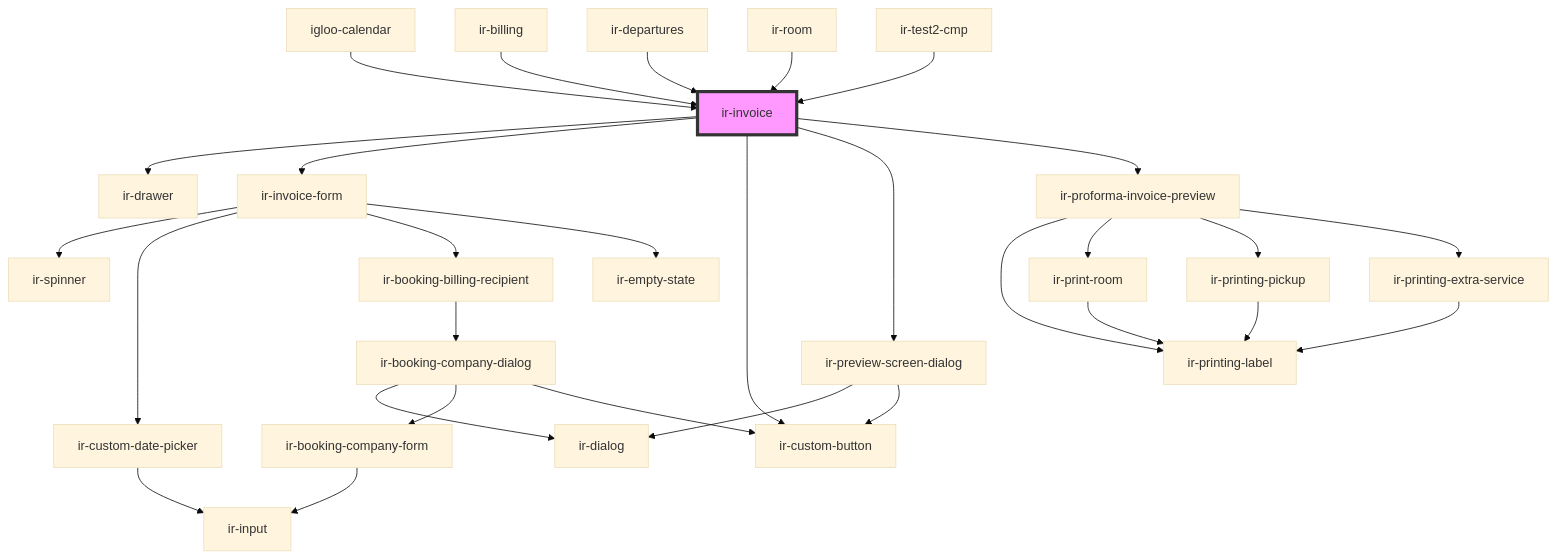
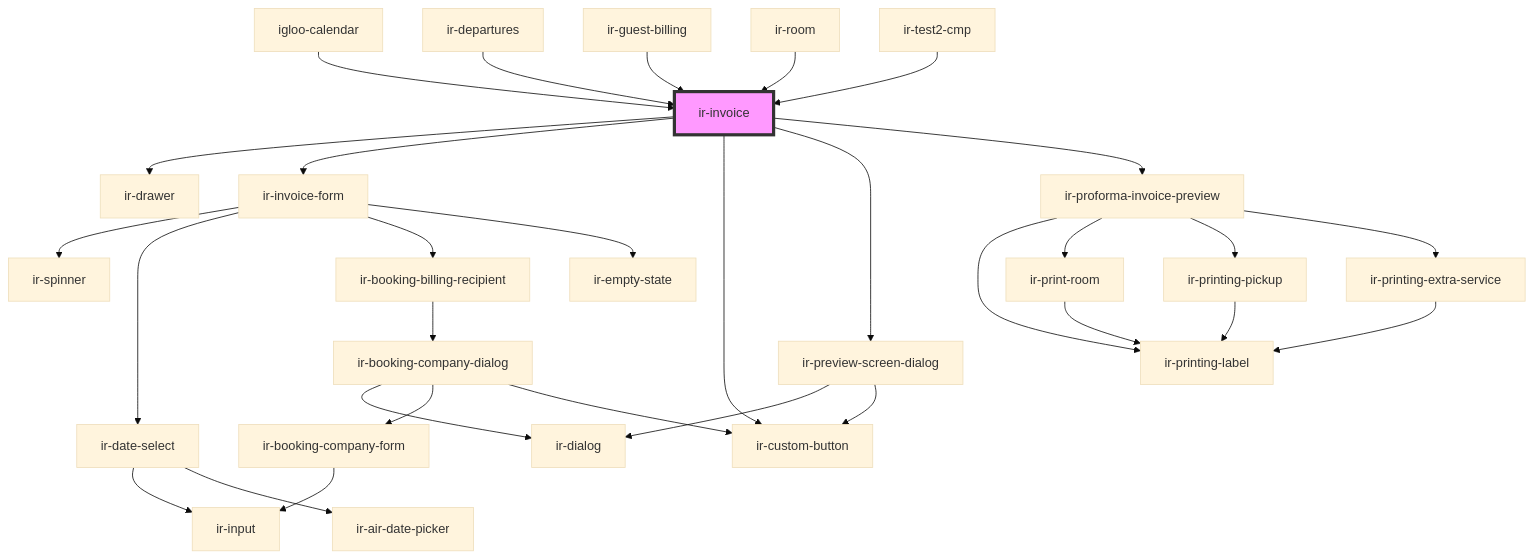
The diagram in src/components/ir-invoice/readme.md (RonyRizk/ir-webcmp), drawn with Mermaid (base theme) before and after one commit. The commit also changed other lines of this file and 586 other files, not shown here.

````diff
--- a/src/components/ir-invoice/readme.md
+++ b/src/components/ir-invoice/readme.md
@@ -81,33 +81,34 @@
 ```mermaid
 graph TD;
   ir-invoice --> ir-drawer
   ir-invoice --> ir-invoice-form
   ir-invoice --> ir-custom-button
   ir-invoice --> ir-preview-screen-dialog
   ir-invoice --> ir-proforma-invoice-preview
   ir-invoice-form --> ir-spinner
-  ir-invoice-form --> ir-custom-date-picker
+  ir-invoice-form --> ir-date-select
   ir-invoice-form --> ir-booking-billing-recipient
   ir-invoice-form --> ir-empty-state
-  ir-custom-date-picker --> ir-input
+  ir-date-select --> ir-input
+  ir-date-select --> ir-air-date-picker
   ir-booking-billing-recipient --> ir-booking-company-dialog
   ir-booking-company-dialog --> ir-dialog
   ir-booking-company-dialog --> ir-booking-company-form
   ir-booking-company-dialog --> ir-custom-button
   ir-booking-company-form --> ir-input
   ir-preview-screen-dialog --> ir-dialog
   ir-preview-screen-dialog --> ir-custom-button
   ir-proforma-invoice-preview --> ir-printing-label
   ir-proforma-invoice-preview --> ir-print-room
   ir-proforma-invoice-preview --> ir-printing-pickup
   ir-proforma-invoice-preview --> ir-printing-extra-service
   ir-print-room --> ir-printing-label
   ir-printing-pickup --> ir-printing-label
   ir-printing-extra-service --> ir-printing-label
   igloo-calendar --> ir-invoice
-  ir-billing --> ir-invoice
   ir-departures --> ir-invoice
+  ir-guest-billing --> ir-invoice
   ir-room --> ir-invoice
   ir-test2-cmp --> ir-invoice
   style ir-invoice fill:#f9f,stroke:#333,stroke-width:4px
 ```
````
